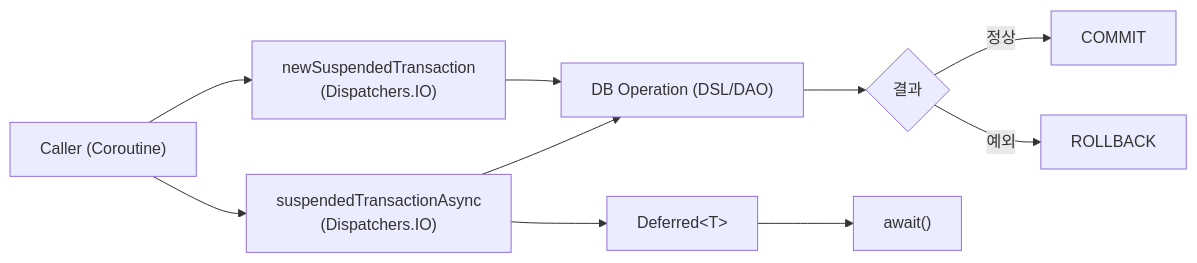
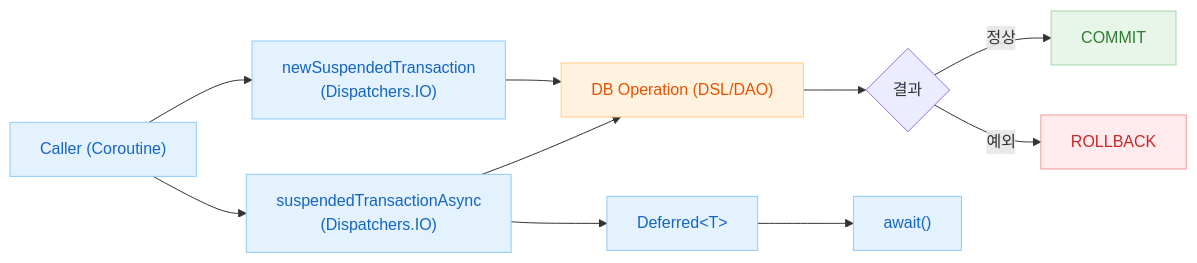
The third of 4 diagrams in 08-coroutines/README.md (bluetape4k/exposed-workshop), drawn with Mermaid before and after one commit. The commit also changed other lines of this file and 56 other files, not shown here.

First line of the commit message:
docs: 전체 README mermaid 다이어그램에 파스텔 톤 색상 적용

````diff
--- a/08-coroutines/README.md
+++ b/08-coroutines/README.md
@@ -107,12 +127,24 @@
 ```mermaid
 flowchart LR
     A["Caller (Coroutine)"] --> B["newSuspendedTransaction\n(Dispatchers.IO)"]
     A --> C["suspendedTransactionAsync\n(Dispatchers.IO)"]
     B --> D["DB Operation (DSL/DAO)"]
     C --> D
     D --> E{결과}
     E -->|정상| F["COMMIT"]
     E -->|예외| G["ROLLBACK"]
     C --> H["Deferred&lt;T&gt;"]
     H --> I["await()"]
+
+    classDef blue fill:#E3F2FD,stroke:#90CAF9,color:#1565C0
+    classDef green fill:#E8F5E9,stroke:#A5D6A7,color:#2E7D32
+    classDef orange fill:#FFF3E0,stroke:#FFCC80,color:#E65100
+    classDef red fill:#FFEBEE,stroke:#EF9A9A,color:#C62828
+
+    class A blue
+    class B,C blue
+    class D orange
+    class F green
+    class G red
+    class H,I blue
 ```
````
